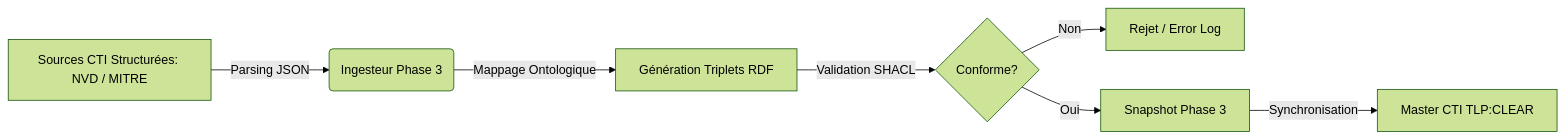
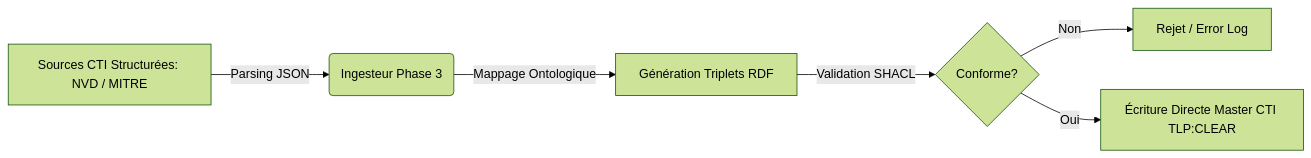
Before and after one commit to AlbanLher/Dkg-cybersec: the first of 2 diagrams in 02-Donnees/Master_Transversal/TLP_CLEAR_CTI_External/DKG_ABox_CTI_External.md, drawn with Mermaid (forest theme). The commit also changed other lines of this file and 2 other files, not shown here.

Commit message:
Etape 3 vague 3 : RECUPERATION fidelite zone CTI Externe Master - rejeu P3 restaure le produit generateur (predicat exploitsWeakness restaure, suppression edition manuelle CTI-EOL-SMBv1 non ancree, sujets EOL et CTI demeles) - MD alignes ecriture directe

````diff
--- a/02-Donnees/Master_Transversal/TLP_CLEAR_CTI_External/DKG_ABox_CTI_External.md
+++ b/02-Donnees/Master_Transversal/TLP_CLEAR_CTI_External/DKG_ABox_CTI_External.md
@@ -27,9 +27,8 @@
 ```mermaid
 flowchart LR
     A[Sources CTI Structurées: NVD / MITRE] -->|Parsing JSON| B(Ingesteur Phase 3)
     B -->|Mappage Ontologique| C[Génération Triplets RDF]
     C -->|Validation SHACL| D{Conforme?}
     D -->|Non| E[Rejet / Error Log]
-    D -->|Oui| F[Snapshot Phase 3]
-    F -->|Synchronisation| G[Master CTI TLP:CLEAR]
+    D -->|Oui| F[Écriture Directe Master CTI TLP:CLEAR]
 ```
````
